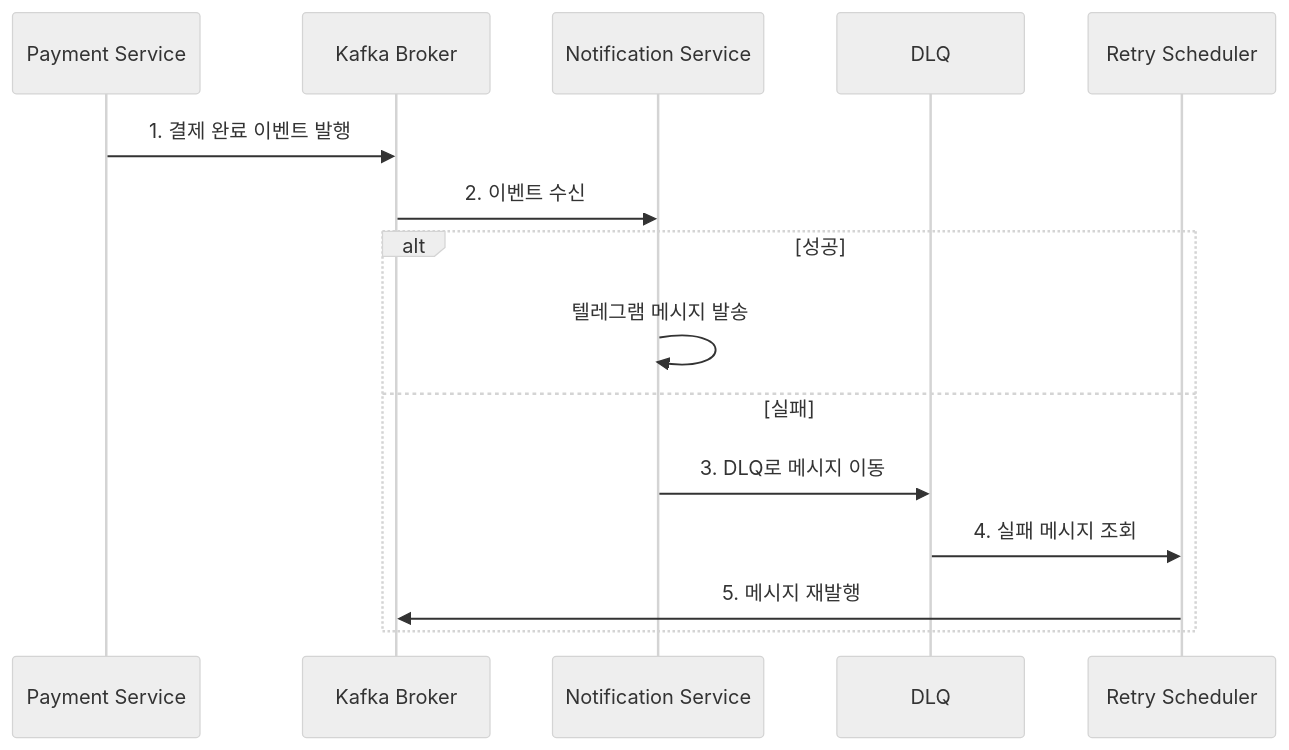
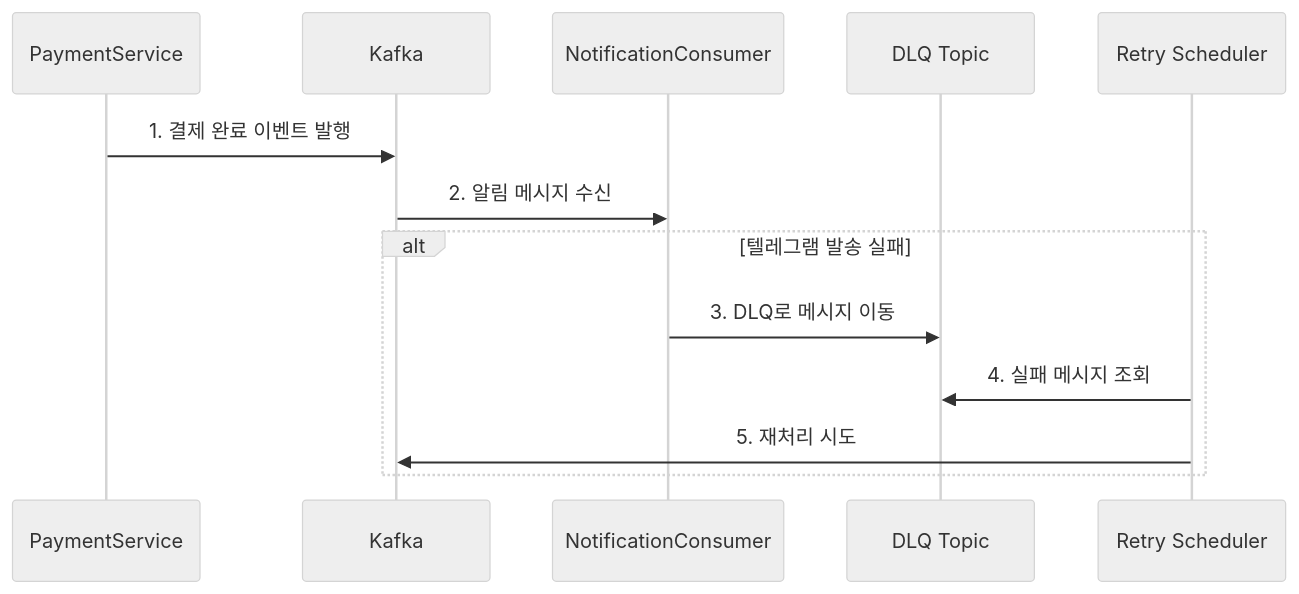
The second of 4 diagrams in docs/kafka_plan.md (Cheondongmin/concert-java), drawn with Mermaid (neutral theme) before and after one commit. The commit also changed other lines of this file, not shown here.

Commit message:
fix: 카프카 메시지 처리 전략 수정

````diff
--- a/docs/kafka_plan.md
+++ b/docs/kafka_plan.md
@@ -271,19 +55,17 @@
 ```mermaid
 sequenceDiagram
-    participant P as Payment Service
-    participant K as Kafka Broker
-    participant N as Notification Service
-    participant D as DLQ
-    participant R as Retry Scheduler
+    participant P as PaymentService
+    participant K as Kafka
+    participant C as NotificationConsumer
+    participant D as DLQ Topic
+    participant S as Retry Scheduler
 
     P->>K: 1. 결제 완료 이벤트 발행
-    K->>N: 2. 이벤트 수신
+    K->>C: 2. 알림 메시지 수신
     
-    alt 성공
-        N->>N: 텔레그램 메시지 발송
-    else 실패
-        N->>D: 3. DLQ로 메시지 이동
-        D->>R: 4. 실패 메시지 조회
-        R->>K: 5. 메시지 재발행
+    alt 텔레그램 발송 실패
+        C->>D: 3. DLQ로 메시지 이동
+        S->>D: 4. 실패 메시지 조회
+        S->>K: 5. 재처리 시도
     end
 ```
````
